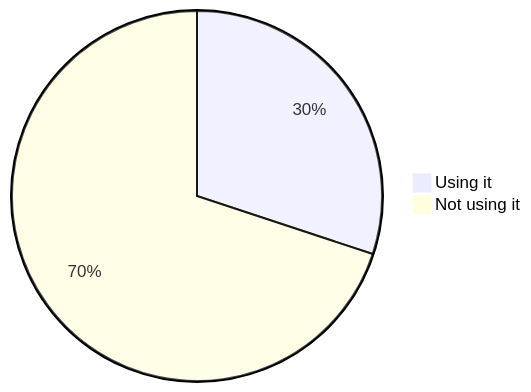
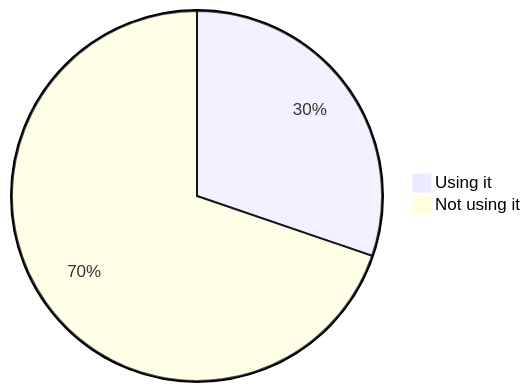
Before and after one commit to oshp/oshp-stats: diagram 14 of 22 in stats.md, drawn with Mermaid. The commit also changed other lines of this file, not shown here.

````diff
--- a/stats.md
+++ b/stats.md
@@ -166,6 +166,6 @@
 ```mermaid
 pie
-	"Using it" : 30.07
-	"Not using it" : 69.93
+	"Using it" : 30.24
+	"Not using it" : 69.76
 
 ```
````
